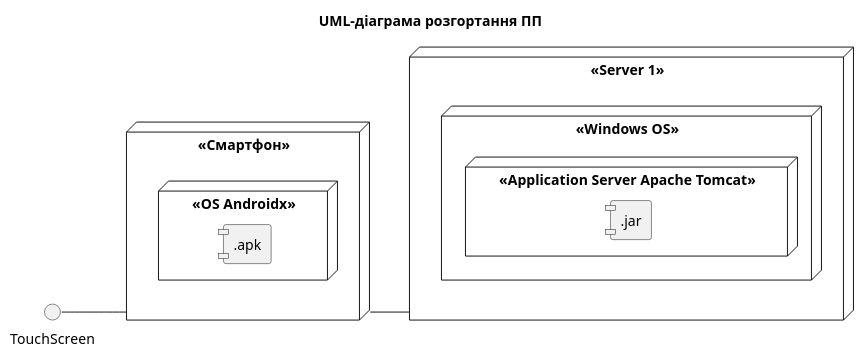
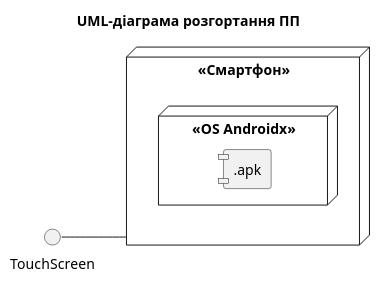
The diagram in 2-SoftwareDesign/2.7-PlantUML/UML-Deployment.puml (oleksandrblazhko/ai-211-amitsi), drawn with PlantUML before and after one commit.

```diff
--- a/2-SoftwareDesign/2.7-PlantUML/UML-Deployment.puml
+++ b/2-SoftwareDesign/2.7-PlantUML/UML-Deployment.puml
@@ -1,29 +1,19 @@
 @startuml
 
 title UML-діаграма розгортання ПП
 
 left to right direction
 
 skinparam componentStyle uml1
 
 node "<<Cмартфон>>" as sm {
 	node "<<OS Androidx>>" {
 		component [.apk]
 	}
 }
 
 interface TouchScreen
 
 TouchScreen -- sm
 
-node "<<Server 1>>" as serv1 {
-	node "<<Windows OS>>" {
-		node "<<Application Server Apache Tomcat>>" {
-		component [.jar]
-	}
-	}
-}
-
-sm -- serv1
-
 @enduml
```
